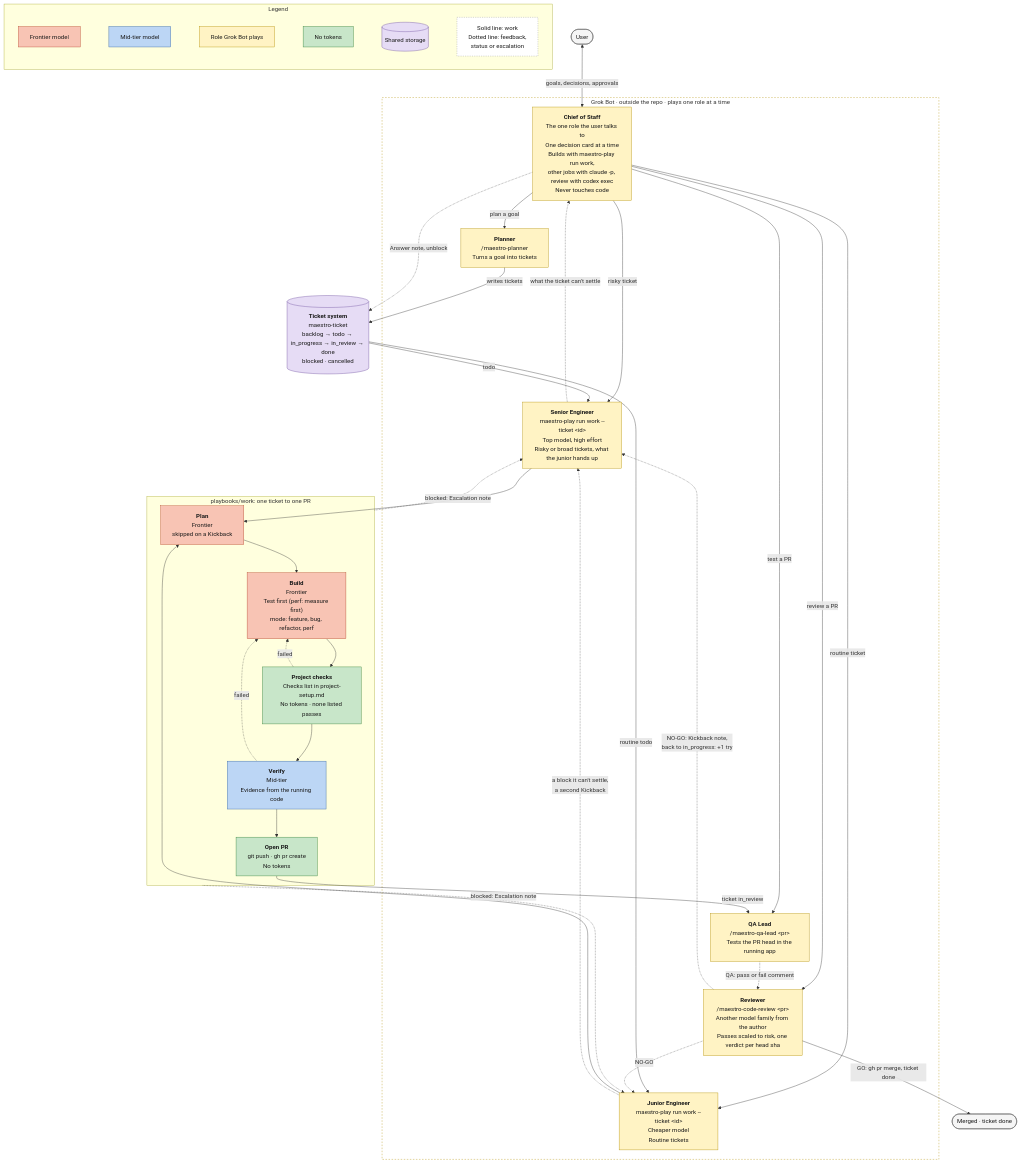
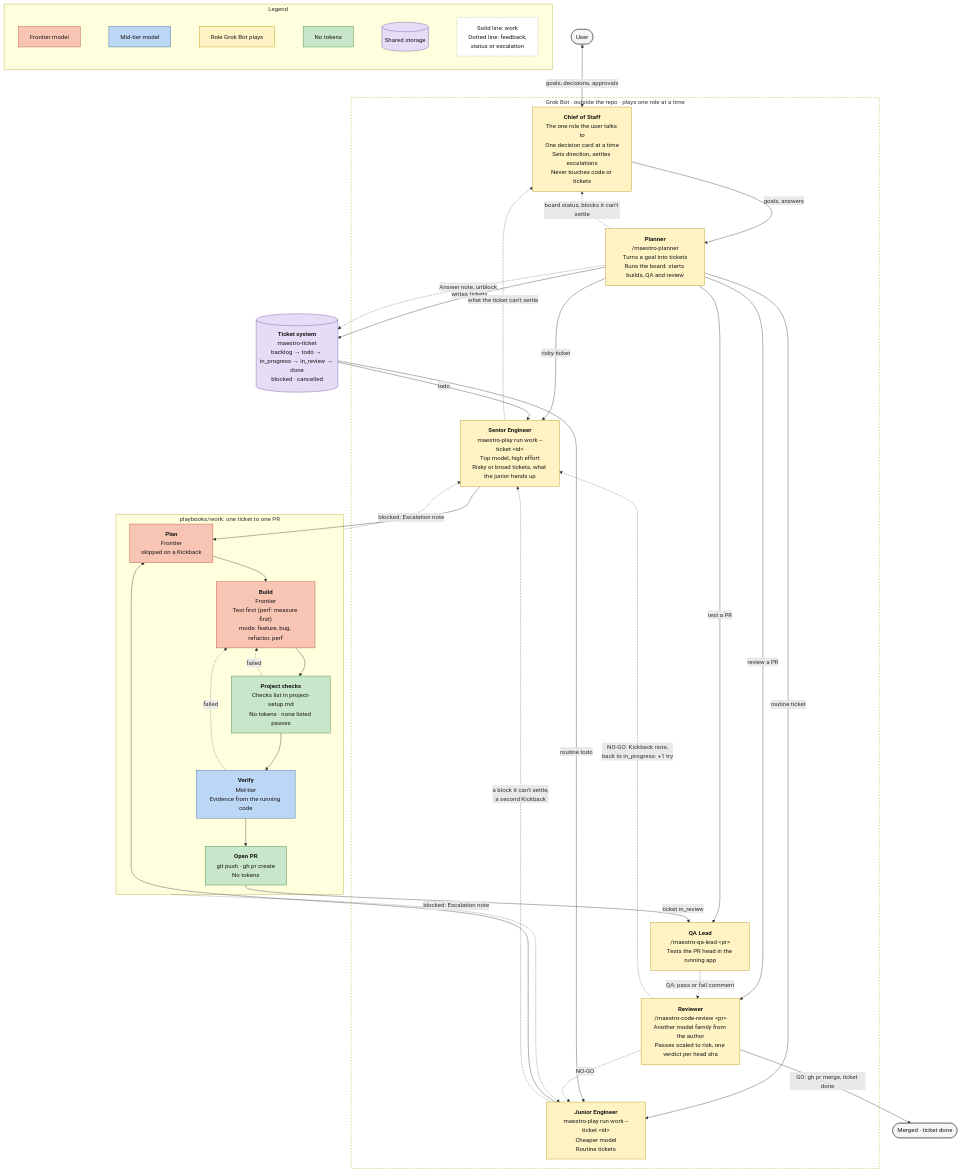
The diagram in docs/team.mermaid (ProlesDei/maestro), drawn with Mermaid before and after one commit. The commit also changed 5 other files, not shown here.

First line of the commit message:
Docs: the chief of staff leads through the planner

```diff
--- a/docs/team.mermaid
+++ b/docs/team.mermaid
@@ -1,81 +1,84 @@
 flowchart TD
     User([User])
 
     subgraph Grok ["Grok Bot · outside the repo · plays one role at a time"]
-        CoS["<b>Chief of Staff</b><br/>The one role the user talks to<br/>One decision card at a time<br/>Builds with maestro-play run work,<br/>other jobs with claude -p, review with codex exec<br/>Never touches code"]
-        Planner["<b>Planner</b><br/>/maestro-planner<br/>Turns a goal into tickets"]
+        CoS["<b>Chief of Staff</b><br/>The one role the user talks to<br/>One decision card at a time<br/>Sets direction, settles escalations<br/>Never touches code or tickets"]
+        Planner["<b>Planner</b><br/>/maestro-planner<br/>Turns a goal into tickets<br/>Runs the board: starts builds, QA and review"]
         Sr["<b>Senior Engineer</b><br/>maestro-play run work --ticket &lt;id&gt;<br/>Top model, high effort<br/>Risky or broad tickets, what the junior hands up"]
         Jr["<b>Junior Engineer</b><br/>maestro-play run work --ticket &lt;id&gt;<br/>Cheaper model<br/>Routine tickets"]
         QA["<b>QA Lead</b><br/>/maestro-qa-lead &lt;pr&gt;<br/>Tests the PR head in the running app"]
         Rev["<b>Reviewer</b><br/>/maestro-code-review &lt;pr&gt;<br/>Another model family from the author<br/>Passes scaled to risk, one verdict per head sha"]
     end
 
     Tickets[("<b>Ticket system</b><br/>maestro-ticket<br/>backlog → todo → in_progress → in_review → done<br/>blocked · cancelled")]
 
     subgraph Work ["playbooks/work: one ticket to one PR"]
         Plan["<b>Plan</b><br/>Frontier<br/>skipped on a Kickback"]
         Build["<b>Build</b><br/>Frontier<br/>Test first (perf: measure first)<br/>mode: feature, bug, refactor, perf"]
         Checks["<b>Project checks</b><br/>Checks list in project-setup.md<br/>No tokens · none listed passes"]
         Verify["<b>Verify</b><br/>Mid-tier<br/>Evidence from the running code"]
         PR["<b>Open PR</b><br/>git push · gh pr create<br/>No tokens"]
     end
 
     Done([Merged · ticket done])
 
     %% User and Chief of Staff
     User <-->|"goals, decisions, approvals"| CoS
 
-    %% The Chief of Staff starts each job
-    CoS -->|"plan a goal"| Planner
-    CoS -->|"risky ticket"| Sr
-    CoS -->|"routine ticket"| Jr
-    CoS -->|"test a PR"| QA
-    CoS -->|"review a PR"| Rev
+    %% The Chief of Staff leads through the Planner
+    CoS -->|"goals, answers"| Planner
+    Planner -.->|"board status, blocks it can't settle"| CoS
+
+    %% The Planner starts each job
+    Planner -->|"risky ticket"| Sr
+    Planner -->|"routine ticket"| Jr
+    Planner -->|"test a PR"| QA
+    Planner -->|"review a PR"| Rev
 
     %% Planning
     Planner -->|"writes tickets"| Tickets
     Tickets -->|"todo"| Sr
     Tickets -->|"routine todo"| Jr
 
     %% Build
     Sr --> Plan
     Jr --> Plan
     Plan --> Build --> Checks --> Verify --> PR
     Checks -.->|"failed"| Build
     Verify -.->|"failed"| Build
     Work -.->|"blocked: Escalation note"| Sr
     Work -.->|"blocked: Escalation note"| Jr
     Jr -.->|"a block it can't settle,<br/>a second Kickback"| Sr
     Sr -.->|"what the ticket can't settle"| CoS
-    CoS -.->|"Answer note, unblock"| Tickets
+    Planner -.->|"Answer note, unblock"| Tickets
 
     %% Test and review
     PR -->|"ticket in_review"| QA
     QA -.->|"QA: pass or fail comment"| Rev
     Rev -->|"GO: gh pr merge, ticket done"| Done
     Rev -.->|"NO-GO: Kickback note,<br/>back to in_progress: +1 try"| Sr
     Rev -.->|"NO-GO"| Jr
 
     %% Legend
     subgraph Legend ["Legend"]
         direction LR
         L1["Frontier model"] ~~~ L2["Mid-tier model"] ~~~ L6["Role Grok Bot plays"] ~~~ L3["No tokens"] ~~~ L4[("Shared storage")] ~~~ L5["Solid line: work<br/>Dotted line: feedback,<br/>status or escalation"]
     end
 
     %% Styles by cost tier
     classDef frontier fill:#f8c4b4,stroke:#b5472b,color:#1a1a1a
     classDef mid fill:#bcd6f5,stroke:#2f5f9e,color:#1a1a1a
     classDef free fill:#c8e6c9,stroke:#2e7d32,color:#1a1a1a
     classDef storage fill:#e6dcf5,stroke:#6a4c9c,color:#1a1a1a
     classDef person fill:#f5f5f5,stroke:#555,color:#1a1a1a
     classDef bot fill:#fff3c4,stroke:#b38f00,color:#1a1a1a
     classDef note fill:#ffffff,stroke:#999,color:#1a1a1a,stroke-dasharray:3 3
 
     class Plan,Build,L1 frontier
     class Verify,L2 mid
     class Checks,PR,L3 free
     class Tickets,L4 storage
     class User,Done person
     class CoS,Planner,Sr,Jr,QA,Rev,L6 bot
     class L5 note
     style Grok fill:none,stroke:#b38f00,stroke-dasharray:4 4
```
